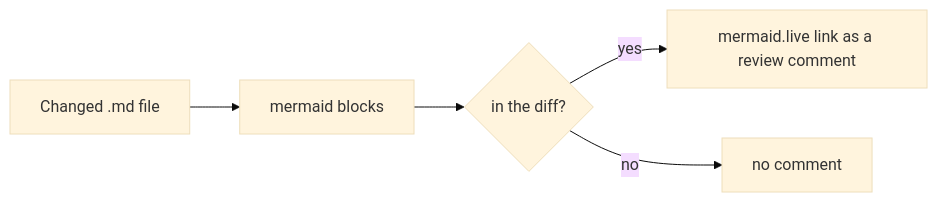
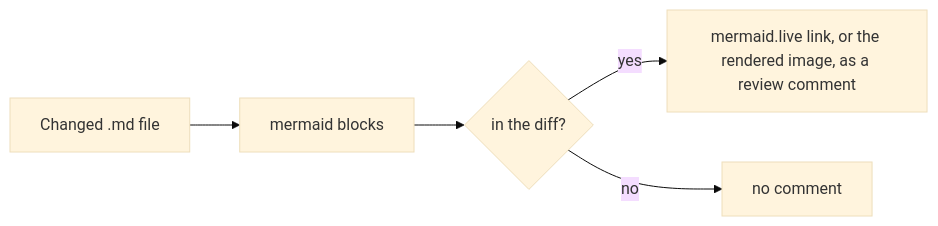
The diagram in test/fixtures/sample.md (actions-marketplace-validations/bje-actions_mermaid-preview), drawn with Mermaid (base theme) before and after one commit. The commit also changed 23 other files, not shown here.

First line of the commit message:
feat: type input with an image comment, attribution footer, path-scoped rules (#10)

````diff
--- a/test/fixtures/sample.md
+++ b/test/fixtures/sample.md
@@ -6,7 +6,7 @@
 ```mermaid
 flowchart LR
   md[Changed .md file] --> blocks[mermaid blocks]
   blocks --> diff{in the diff?}
-  diff -- yes --> link[mermaid.live link as a review comment]
+  diff -- yes --> link[mermaid.live link, or the rendered image, as a review comment]
   diff -- no --> skip[no comment]
 ```
````
